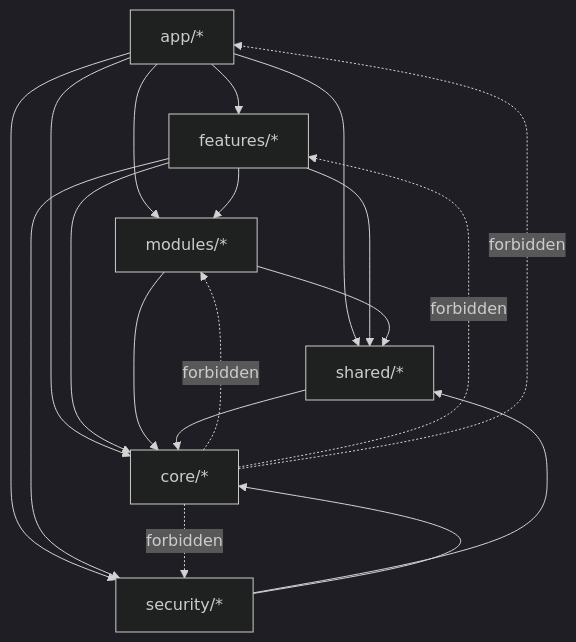
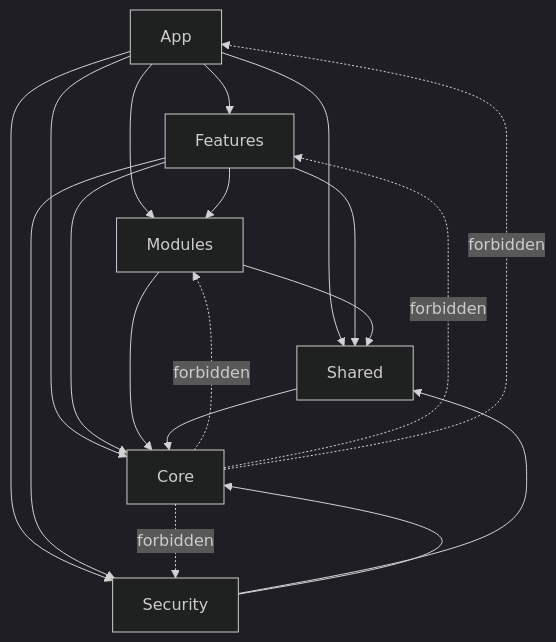
The diagram in docs/architecture/01 - Global Dependency Rules.md (wmitrus/nextjs-16-boilerplate), drawn with Mermaid (dark theme) before and after one commit.

Commit message:
style: standardize capitalization in Global Dependency Rules diagram
Ensure consistent capitalization for all elements in the mermaid diagram.

````diff
--- a/docs/architecture/01 - Global Dependency Rules.md
+++ b/docs/architecture/01 - Global Dependency Rules.md
@@ -3,33 +3,33 @@
 ```mermaid
 flowchart TD
-APP["app/*"]
-FEATURES["features/*"]
-MODULES["modules/*"]
-SECURITY["security/*"]
-SHARED["shared/*"]
-CORE["core/*"]
+App["App"]
+Features["Features"]
+Modules["Modules"]
+Security["Security"]
+Shared["Shared"]
+Core["Core"]
 
-APP --> FEATURES
-APP --> MODULES
-APP --> SECURITY
-APP --> SHARED
-APP --> CORE
+App --> Features
+App --> Modules
+App --> Security
+App --> Shared
+App --> Core
 
-FEATURES --> MODULES
-FEATURES --> SECURITY
-FEATURES --> SHARED
-FEATURES --> CORE
+Features --> Modules
+Features --> Security
+Features --> Shared
+Features --> Core
 
-MODULES --> SHARED
-MODULES --> CORE
+Modules --> Shared
+Modules --> Core
 
-SECURITY --> SHARED
-SECURITY --> CORE
+Security --> Shared
+Security --> Core
 
-SHARED --> CORE
+Shared --> Core
 
-CORE -. forbidden .-> MODULES
-CORE -. forbidden .-> SECURITY
-CORE -. forbidden .-> FEATURES
-CORE -. forbidden .-> APP
+Core -. forbidden .-> Modules
+Core -. forbidden .-> Security
+Core -. forbidden .-> Features
+Core -. forbidden .-> App
 ```
````
